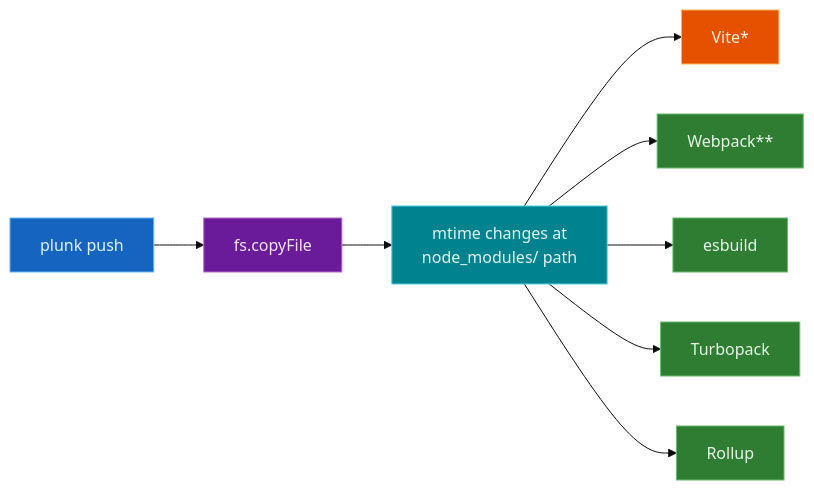
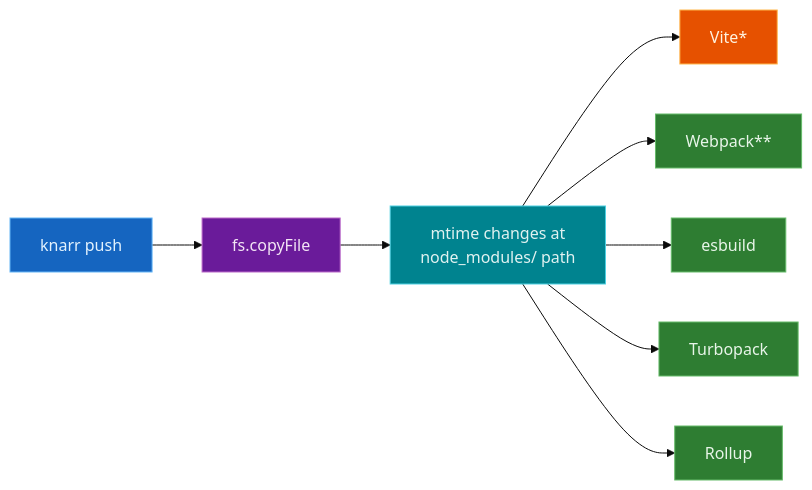
Before and after one commit to oleg-kuibar/plunk: the second of 2 diagrams in docs/bundlers.md, drawn with Mermaid (base theme). The commit also changed other lines of this file and 135 other files, not shown here.

````diff
--- a/docs/bundlers.md
+++ b/docs/bundlers.md
@@ -173,19 +173,19 @@
 ```mermaid
 graph LR
-    P[plunk push] --> FS[fs.copyFile]
+    P[knarr push] --> FS[fs.copyFile]
     FS --> E1[mtime changes at<br/>node_modules/ path]
     E1 --> V[Vite*]
     E1 --> W[Webpack**]
     E1 --> ES[esbuild]
     E1 --> T[Turbopack]
     E1 --> R[Rollup]
 
     style P fill:#1565c0,stroke:#64b5f6,color:#e3f2fd
     style FS fill:#6a1b9a,stroke:#ba68c8,color:#f3e5f5
     style E1 fill:#00838f,stroke:#4dd0e1,color:#e0f2f1
     style V fill:#e65100,stroke:#ffb74d,color:#fff3e0
     style W fill:#2e7d32,stroke:#66bb6a,color:#e8f5e9
     style ES fill:#2e7d32,stroke:#66bb6a,color:#e8f5e9
     style T fill:#2e7d32,stroke:#66bb6a,color:#e8f5e9
     style R fill:#2e7d32,stroke:#66bb6a,color:#e8f5e9
 ```
````
